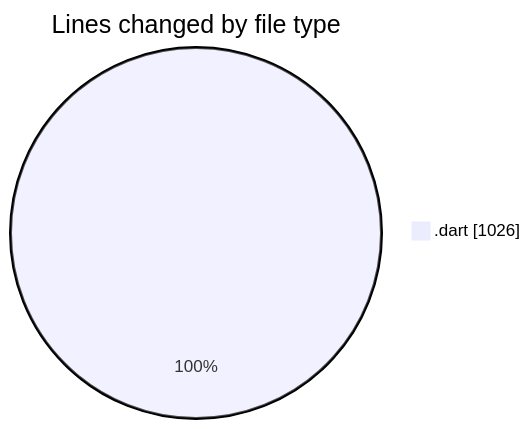
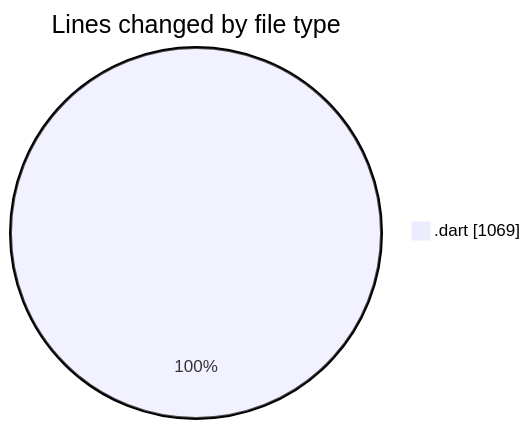
Before and after one commit to donsfak/code-tracking: the first of 2 diagrams in 2025-03-08/uber_clone/README.md, drawn with Mermaid. The commit also changed other lines of this file and 1 other file, not shown here.

````diff
--- a/2025-03-08/uber_clone/README.md
+++ b/2025-03-08/uber_clone/README.md
@@ -21,5 +21,5 @@
 ```mermaid
 pie showData
 title Lines changed by file type
-".dart" : 1026
+".dart" : 1069
 ```
````
